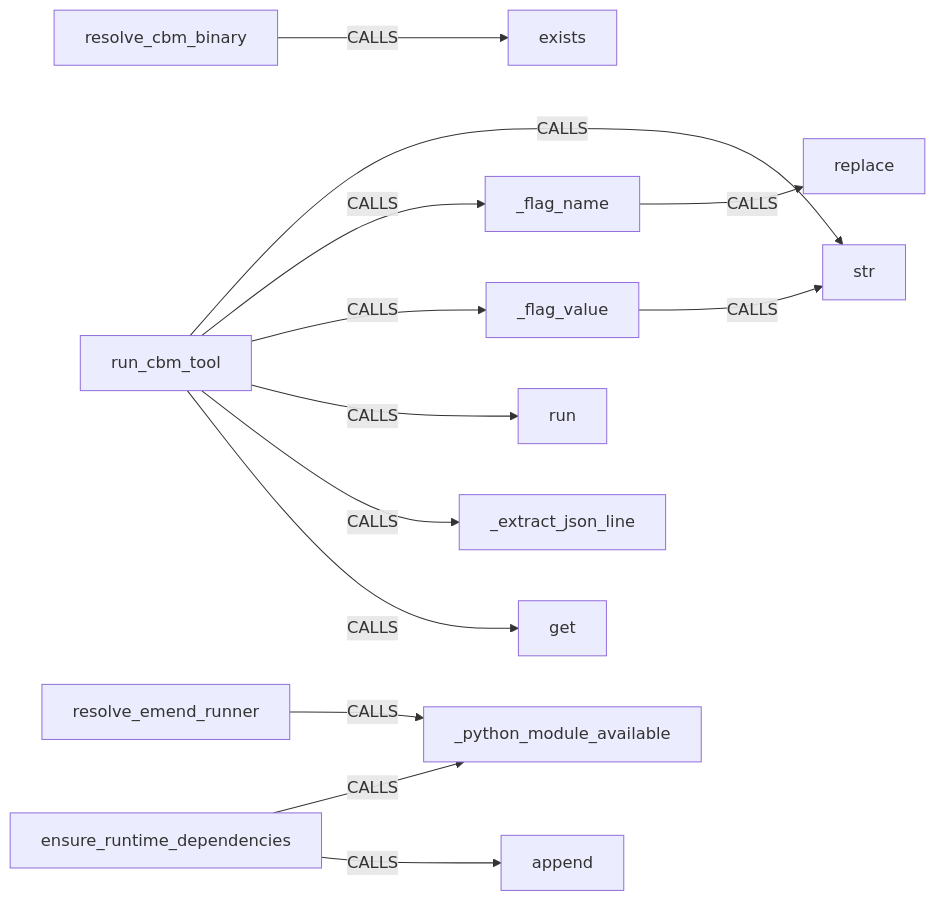
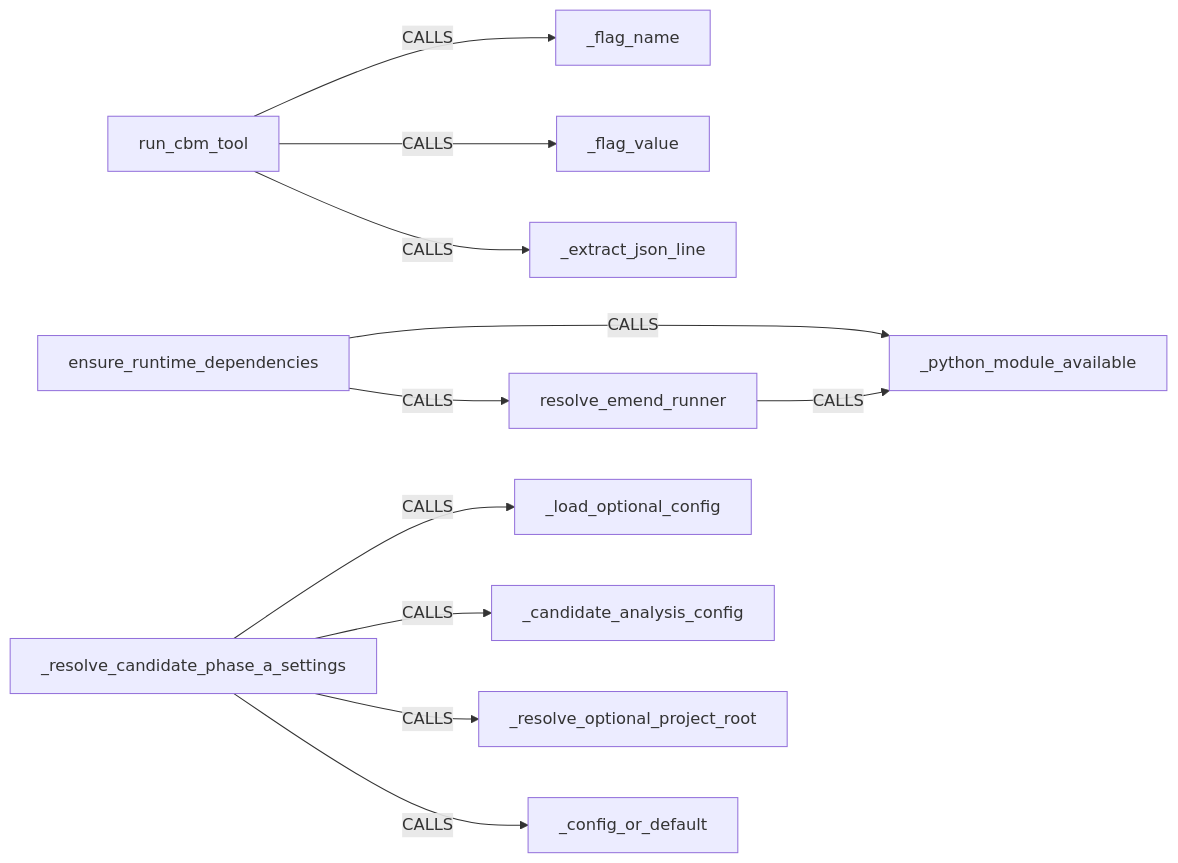
Before and after one commit to scl2bp/refactor_cli: the fifth of 7 diagrams in .refactor/analysis/candidates/report.md, drawn with Mermaid. The commit also changed other lines of this file and 1 other file, not shown here.

Commit message:
Enhance candidate report generation with improved status evaluation and filtering logic

````diff
--- a/.refactor/analysis/candidates/report.md
+++ b/.refactor/analysis/candidates/report.md
@@ -211,15 +229,13 @@
 ```mermaid
 flowchart LR
-  resolve_cbm_binary["resolve_cbm_binary"] -->|CALLS| exists["exists"]
-  _flag_name["_flag_name"] -->|CALLS| replace["replace"]
-  _flag_value["_flag_value"] -->|CALLS| str["str"]
-  run_cbm_tool["run_cbm_tool"] -->|CALLS| str["str"]
   run_cbm_tool["run_cbm_tool"] -->|CALLS| _flag_name["_flag_name"]
   run_cbm_tool["run_cbm_tool"] -->|CALLS| _flag_value["_flag_value"]
-  run_cbm_tool["run_cbm_tool"] -->|CALLS| run["run"]
   run_cbm_tool["run_cbm_tool"] -->|CALLS| _extract_json_line["_extract_json_line"]
-  run_cbm_tool["run_cbm_tool"] -->|CALLS| get["get"]
   resolve_emend_runner["resolve_emend_runner"] -->|CALLS| _python_module_available["_python_module_available"]
   ensure_runtime_dependencies["ensure_runtime_dependencies"] -->|CALLS| _python_module_available["_python_module_available"]
-  ensure_runtime_dependencies["ensure_runtime_dependencies"] -->|CALLS| append["append"]
+  ensure_runtime_dependencies["ensure_runtime_dependencies"] -->|CALLS| resolve_emend_runner["resolve_emend_runner"]
+  _resolve_candidate_phase_a_settings["_resolve_candidate_phase_a_settings"] -->|CALLS| _load_optional_config["_load_optional_config"]
+  _resolve_candidate_phase_a_settings["_resolve_candidate_phase_a_settings"] -->|CALLS| _candidate_analysis_config["_candidate_analysis_config"]
+  _resolve_candidate_phase_a_settings["_resolve_candidate_phase_a_settings"] -->|CALLS| _resolve_optional_project_root["_resolve_optional_project_root"]
+  _resolve_candidate_phase_a_settings["_resolve_candidate_phase_a_settings"] -->|CALLS| _config_or_default["_config_or_default"]
 ```
````
